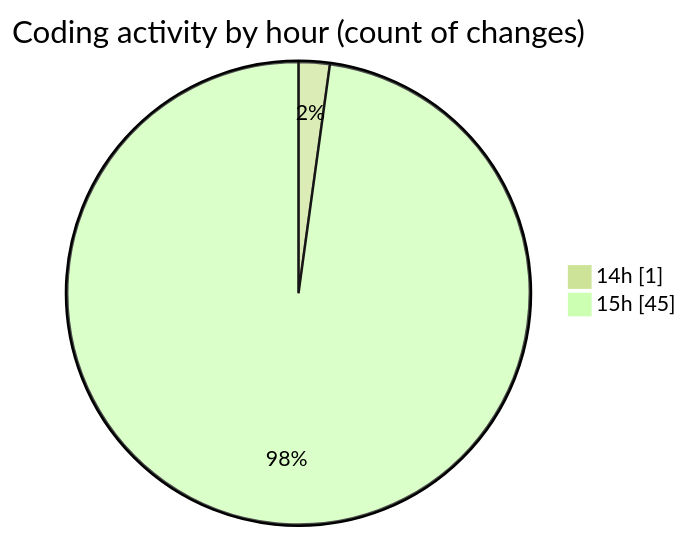
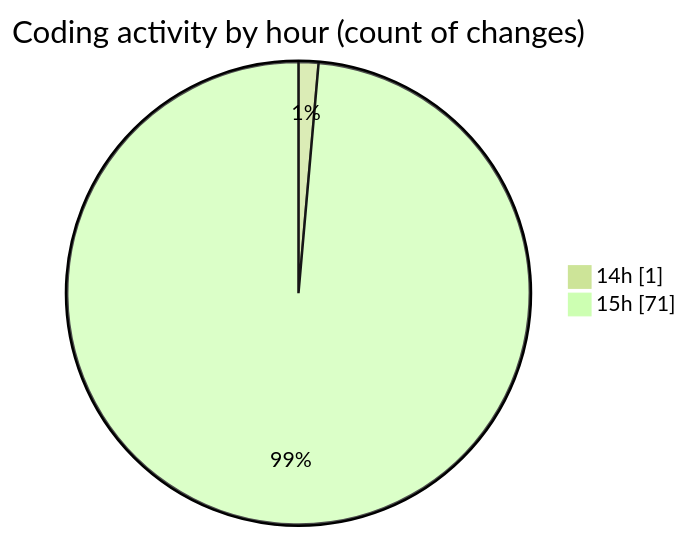
Before and after one commit to nxtqubesakshisongat/code-tracking: the second of 2 diagrams in 2025-04-10/nxtqube_webapp/README.md, drawn with Mermaid (forest theme). The commit also changed other lines of this file and 1 other file, not shown here.

````diff
--- a/2025-04-10/nxtqube_webapp/README.md
+++ b/2025-04-10/nxtqube_webapp/README.md
@@ -32,6 +32,6 @@
 ```mermaid
 pie showData
 title Coding activity by hour (count of changes)
 "14h" : 1
-"15h" : 45
+"15h" : 71
 ```
````
